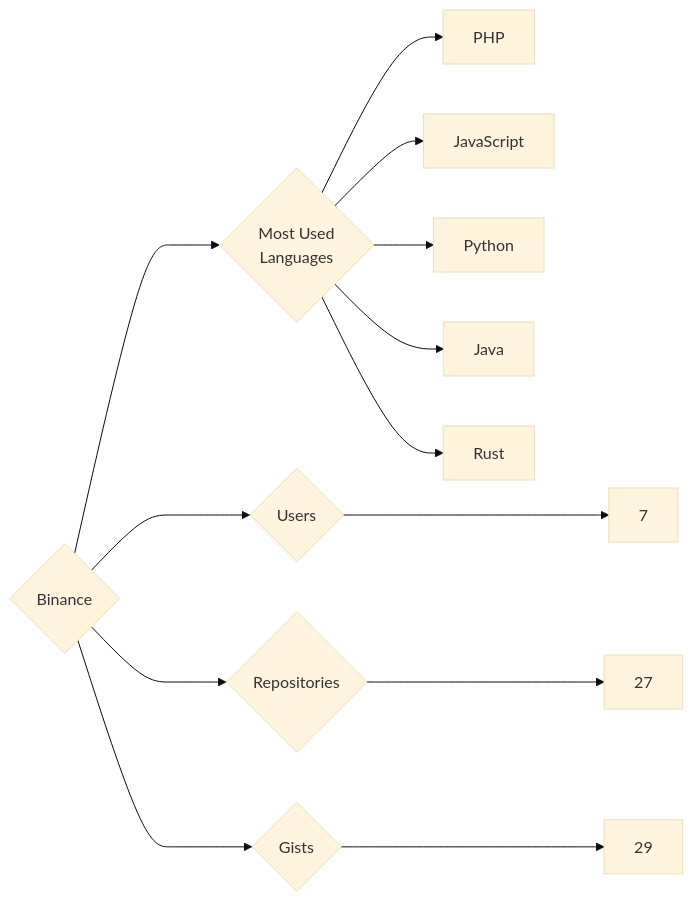
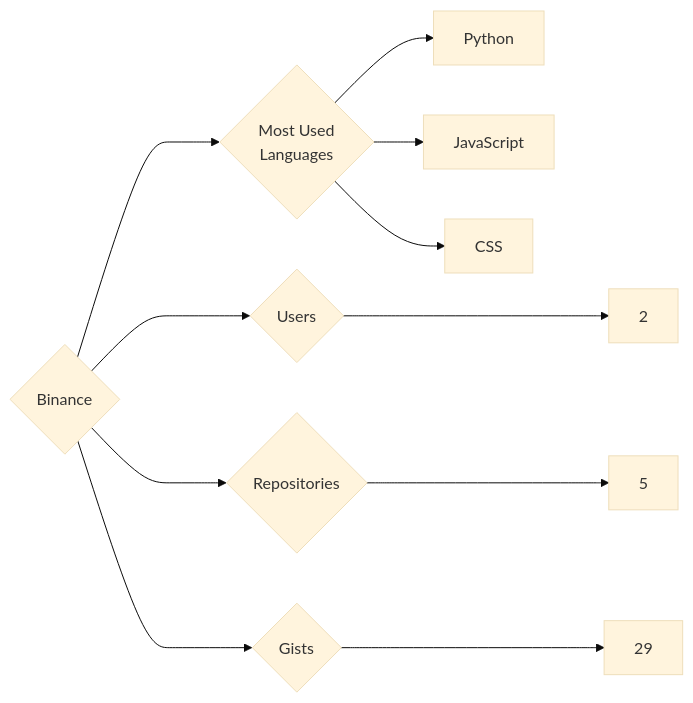
The diagram in targets/Binance/README.md (trickest/insiders), drawn with Mermaid (base theme) before and after one commit. The commit also changed 724 other files, not shown here.

````diff
--- a/targets/Binance/README.md
+++ b/targets/Binance/README.md
@@ -3,13 +3,11 @@
 ```mermaid
 graph LR
 COMPANY_NAME{Binance}
-COMPANY_NAME ---> U{Users} ---> UN[7]
-COMPANY_NAME ---> R{Repositories} ---> RN[27]
+COMPANY_NAME ---> U{Users} ---> UN[2]
+COMPANY_NAME ---> R{Repositories} ---> RN[5]
 COMPANY_NAME ---> G{Gists} ---> GN[29]
 COMPANY_NAME ---> ML{Most Used<br>Languages}
-ML --> PHP[PHP]
+ML --> Python[Python]
 ML --> JavaScript[JavaScript]
-ML --> Python[Python]
-ML --> Java[Java]
-ML --> Rust[Rust]
+ML --> CSS[CSS]
 ```
````
